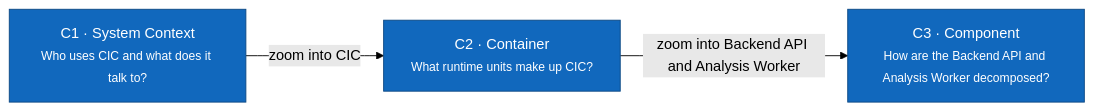
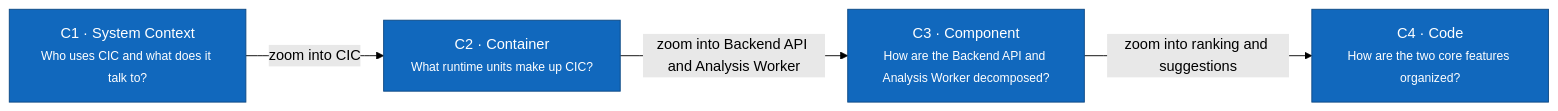
The diagram in docs/architecture/c4/README.md (DuykoNgu/practise), drawn with Mermaid (forest theme) before and after one commit. The commit also changed other lines of this file and 5 other files, not shown here.

First line of the commit message:
Add detailed design: C4 level 4, class diagrams, sequence diagrams, README section 6

````diff
--- a/docs/architecture/c4/README.md
+++ b/docs/architecture/c4/README.md
@@ -7,11 +7,14 @@
 ```mermaid
 flowchart LR
     C1["C1 · System Context<br/><small>Who uses CIC and what does it talk to?</small>"]
     C2["C2 · Container<br/><small>What runtime units make up CIC?</small>"]
     C3["C3 · Component<br/><small>How are the Backend API and Analysis Worker decomposed?</small>"]
+    C4["C4 · Code<br/><small>How are the two core features organized?</small>"]
     C1 -->|"zoom into CIC"| C2
     C2 -->|"zoom into Backend API and Analysis Worker"| C3
+    C3 -->|"zoom into ranking and suggestions"| C4
+    style C4 fill:#1168bd,color:#fff,stroke:#0b4884
     style C1 fill:#1168bd,color:#fff,stroke:#0b4884
     style C2 fill:#1168bd,color:#fff,stroke:#0b4884
     style C3 fill:#1168bd,color:#fff,stroke:#0b4884
 ```
````
